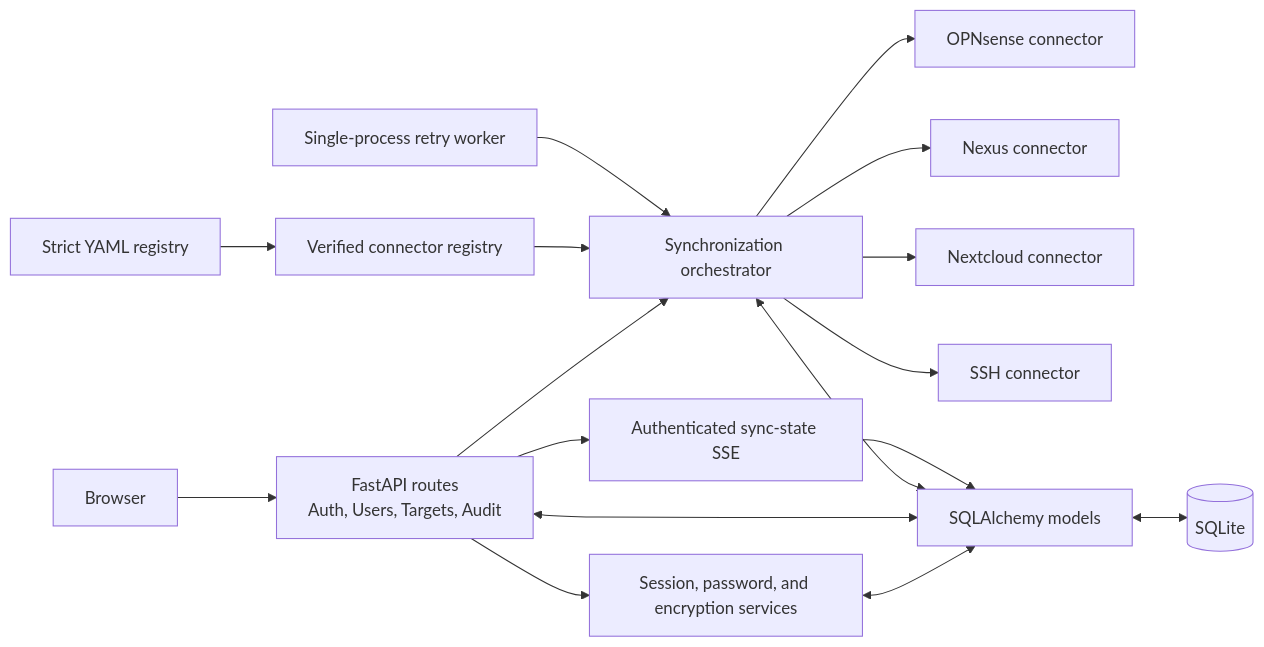
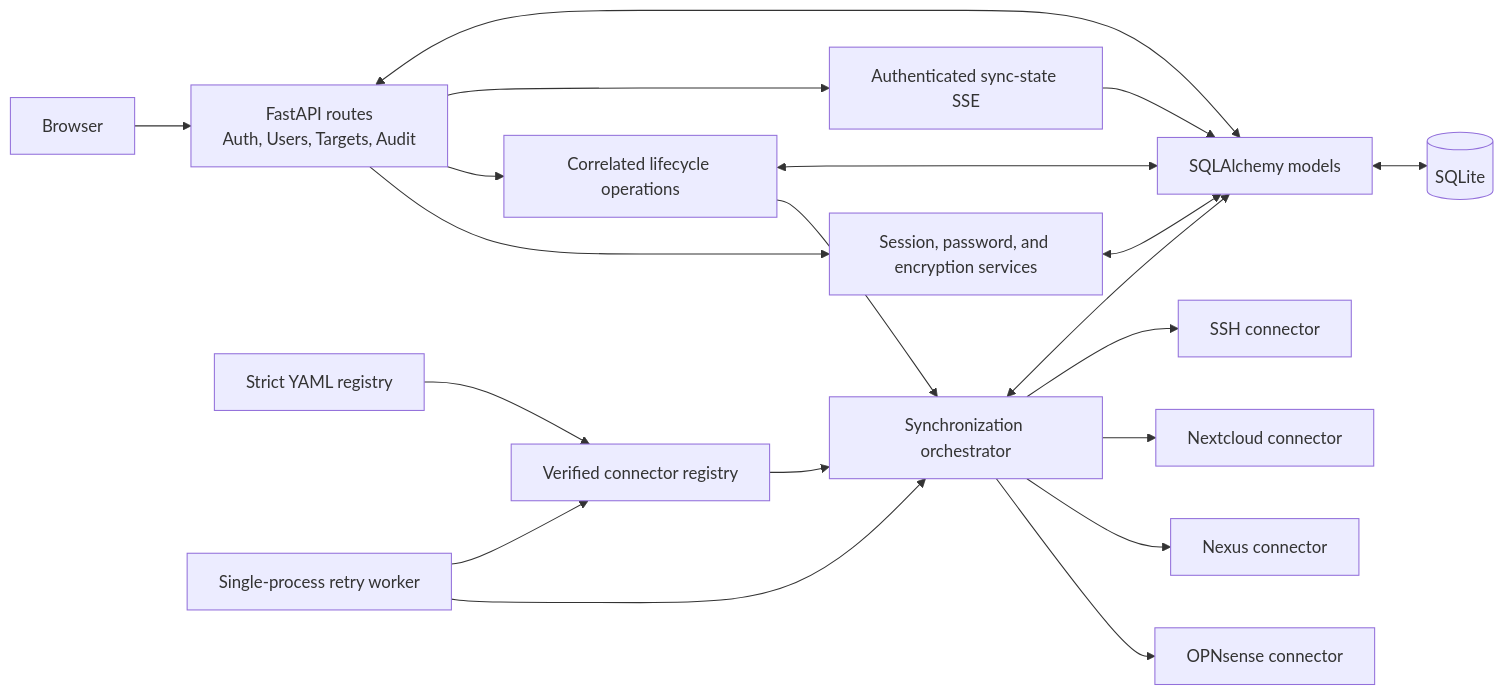
The first of 4 diagrams in docs/DEVELOPER.md (jpbaking/na-sso), drawn with Mermaid before and after one commit. The commit also changed other lines of this file and 115 other files, not shown here.

````diff
--- a/docs/DEVELOPER.md
+++ b/docs/DEVELOPER.md
@@ -39,22 +64,25 @@
 ```mermaid
 flowchart LR
     Browser["Browser"] --> Routes["FastAPI routes<br/>Auth, Users, Targets, Audit"]
     Routes --> Security["Session, password, and encryption services"]
-    Routes --> Sync["Synchronization orchestrator"]
+    Routes --> Ops["Correlated lifecycle operations"]
+    Ops --> Sync["Synchronization orchestrator"]
     Routes --> SSE["Authenticated sync-state SSE"]
 
     YAML["Strict YAML registry"] --> Registry["Verified connector registry"]
     Registry --> Sync
     Worker["Single-process retry worker"] --> Sync
+    Worker --> Registry
 
     Sync --> OPN["OPNsense connector"]
     Sync --> NEX["Nexus connector"]
     Sync --> NC["Nextcloud connector"]
     Sync --> SSHC["SSH connector"]
 
     Security <--> ORM["SQLAlchemy models"]
     Routes <--> ORM
+    Ops <--> ORM
     Sync <--> ORM
     SSE --> ORM
     ORM <--> DB[("SQLite")]
 ```
````
